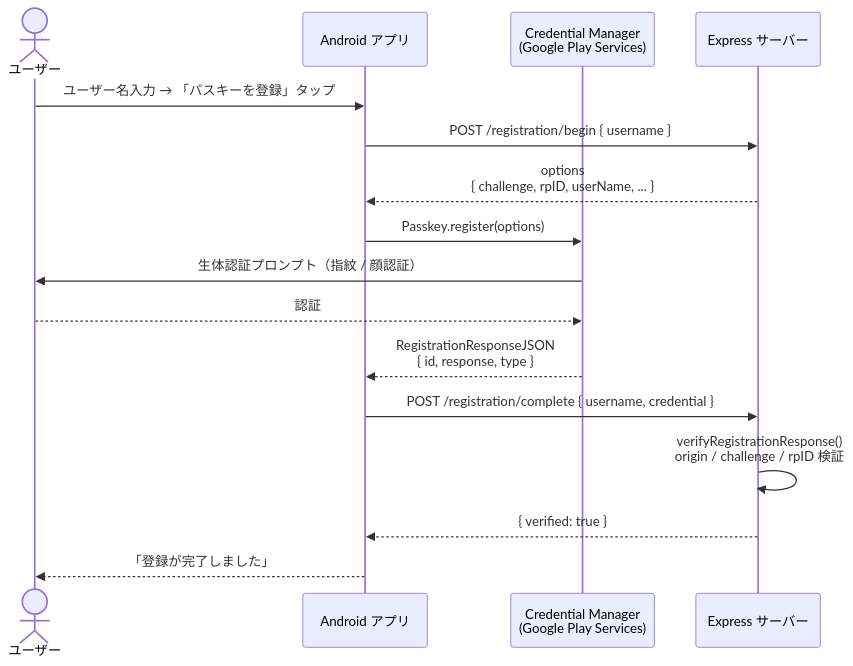
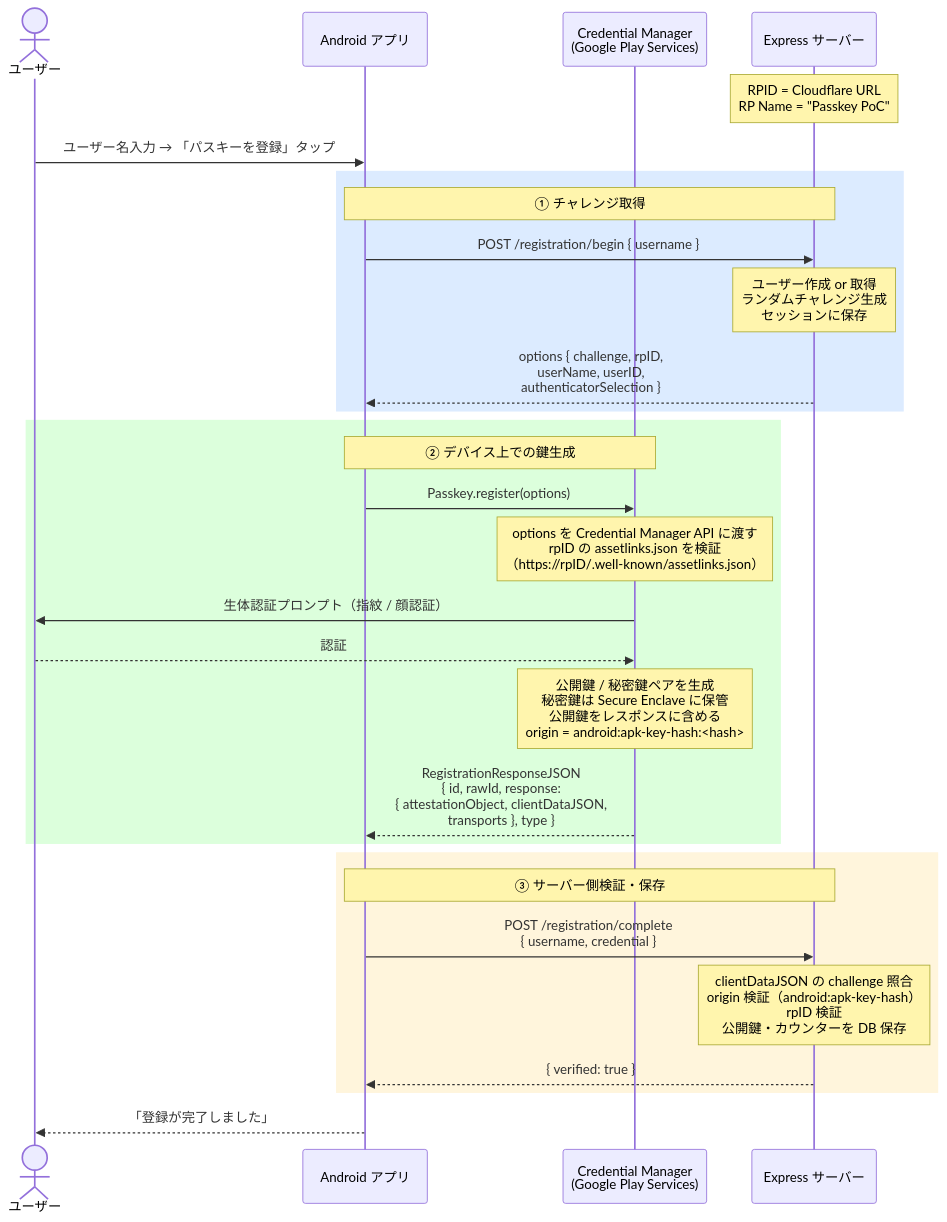
One commit to taka1226s/passkey-poc changed the first of 5 diagrams in README.md. Above: the diagram before and after it, drawn with Mermaid. The commit also changed other lines of this file, not shown here.

First line of the commit message:
README のシーケンス図に各部位の処理概要を追記

````diff
--- a/README.md
+++ b/README.md
@@ -19,19 +19,37 @@
 ```mermaid
 sequenceDiagram
     actor User as ユーザー
     participant App as Android アプリ
     participant CM as Credential Manager<br/>(Google Play Services)
     participant Server as Express サーバー
 
+    Note over Server: RPID = Cloudflare URL<br/>RP Name = "Passkey PoC"
+
     User->>App: ユーザー名入力 → 「パスキーを登録」タップ
-    App->>Server: POST /registration/begin { username }
-    Server-->>App: options<br/>{ challenge, rpID, userName, ... }
-    App->>CM: Passkey.register(options)
-    CM->>User: 生体認証プロンプト（指紋 / 顔認証）
-    User-->>CM: 認証
-    CM-->>App: RegistrationResponseJSON<br/>{ id, response, type }
-    App->>Server: POST /registration/complete { username, credential }
-    Server->>Server: verifyRegistrationResponse()<br/>origin / challenge / rpID 検証
-    Server-->>App: { verified: true }
+
+    rect rgb(220, 235, 255)
+        Note over App,Server: ① チャレンジ取得
+        App->>Server: POST /registration/begin { username }
+        Note over Server: ユーザー作成 or 取得<br/>ランダムチャレンジ生成<br/>セッションに保存
+        Server-->>App: options { challenge, rpID,<br/>userName, userID,<br/>authenticatorSelection }
+    end
+
+    rect rgb(220, 255, 220)
+        Note over App,CM: ② デバイス上での鍵生成
+        App->>CM: Passkey.register(options)
+        Note over CM: options を Credential Manager API に渡す<br/>rpID の assetlinks.json を検証<br/>（https://rpID/.well-known/assetlinks.json）
+        CM->>User: 生体認証プロンプト（指紋 / 顔認証）
+        User-->>CM: 認証
+        Note over CM: 公開鍵 / 秘密鍵ペアを生成<br/>秘密鍵は Secure Enclave に保管<br/>公開鍵をレスポンスに含める<br/>origin = android:apk-key-hash:<hash>
+        CM-->>App: RegistrationResponseJSON<br/>{ id, rawId, response:<br/>{ attestationObject, clientDataJSON,<br/>  transports }, type }
+    end
+
+    rect rgb(255, 245, 220)
+        Note over App,Server: ③ サーバー側検証・保存
+        App->>Server: POST /registration/complete<br/>{ username, credential }
+        Note over Server: clientDataJSON の challenge 照合<br/>origin 検証（android:apk-key-hash）<br/>rpID 検証<br/>公開鍵・カウンターを DB 保存
+        Server-->>App: { verified: true }
+    end
+
     App-->>User: 「登録が完了しました」
 ```
````
